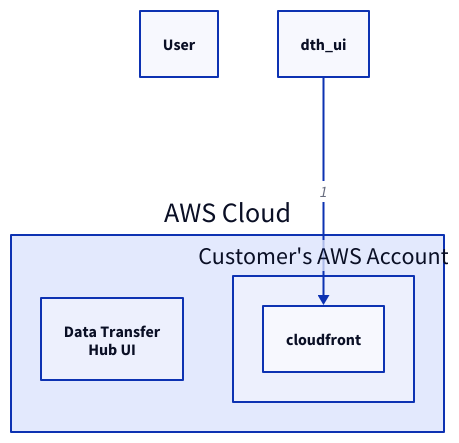
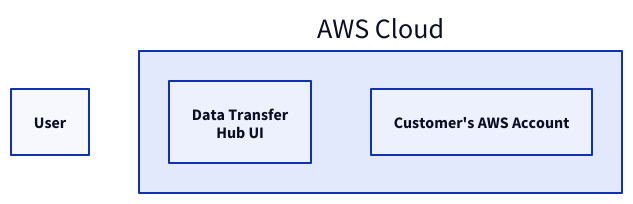
Before and after one commit to fif911/mcp_excalidraw: the sixth of 8 diagrams in skills/excalidraw-diagramming/SKILL.md, drawn with D2. The commit also changed other lines of this file and 1 other file, not shown here.

````diff
--- a/skills/excalidraw-diagramming/SKILL.md
+++ b/skills/excalidraw-diagramming/SKILL.md
@@ -78,14 +67,10 @@
 ```d2
-# Actor OUTSIDE AWS Cloud (at root level)
 user: User
 
-# Actor INSIDE AWS Cloud but OUTSIDE account containers
 aws_cloud: AWS Cloud {
   dth_ui: Data Transfer\nHub UI
   customer_account: Customer's AWS Account {
-    # ... services inside
+    # ...
   }
 }
-
-dth_ui -> aws_cloud.customer_account.cloudfront: 1
 ```
````
